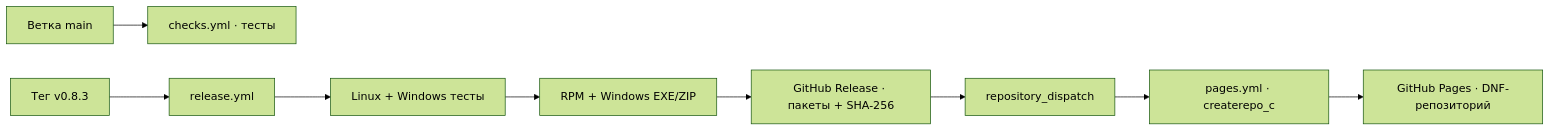
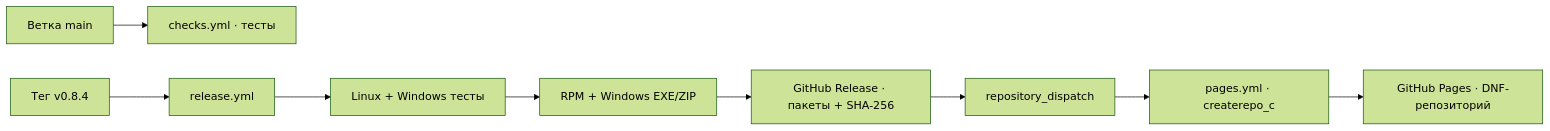
Before and after one commit to Kostya5232/naps3-redos: the second of 3 diagrams in PROGRAM_MAP.md, drawn with Mermaid (forest theme). The commit also changed other lines of this file and 8 other files, not shown here.

````diff
--- a/PROGRAM_MAP.md
+++ b/PROGRAM_MAP.md
@@ -83,11 +83,11 @@
 ```mermaid
 flowchart LR
     MainBranch["Ветка main"] --> Checks["checks.yml · тесты"]
-    Tag["Тег v0.8.3"] --> Release["release.yml"]
+    Tag["Тег v0.8.4"] --> Release["release.yml"]
     Release --> Tests["Linux + Windows тесты"]
     Tests --> Build["RPM + Windows EXE/ZIP"]
     Build --> Assets["GitHub Release · пакеты + SHA-256"]
     Assets --> Dispatch["repository_dispatch"]
     Dispatch --> Pages["pages.yml · createrepo_c"]
     Pages --> DNF["GitHub Pages · DNF-репозиторий"]
 ```
````
